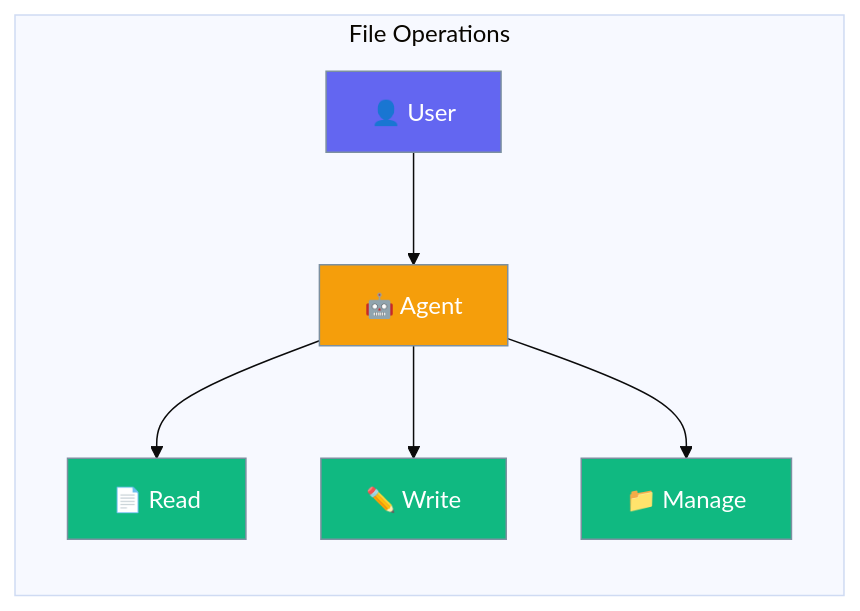
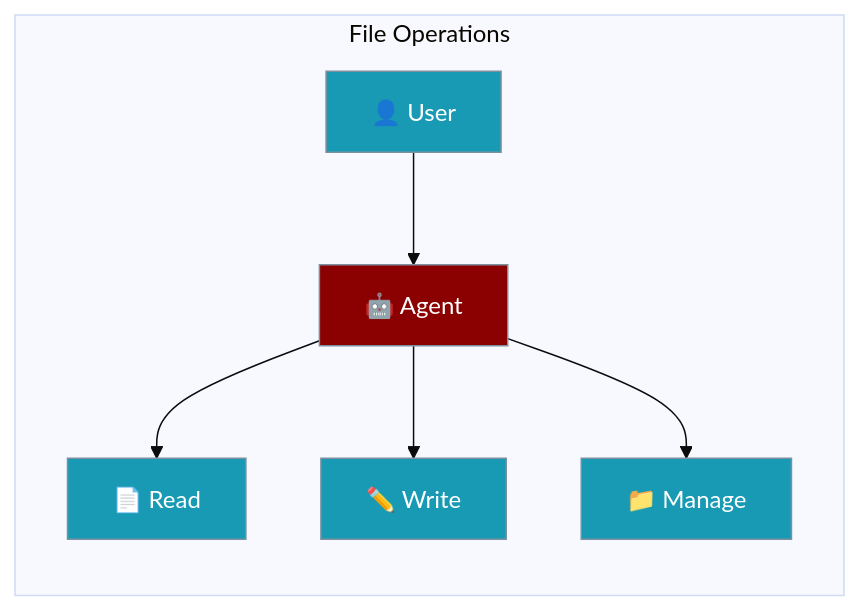
One commit to MervinPraison/PraisonAIDocs changed the first of 2 diagrams in docs/js/files.mdx. Above: the diagram before and after it, drawn with Mermaid (base theme). The commit also changed 19 other files, not shown here.

````diff
--- a/docs/js/files.mdx
+++ b/docs/js/files.mdx
@@ -10,17 +10,14 @@
 ```mermaid
 graph LR
     subgraph "File Operations"
         A[👤 User] --> B[🤖 Agent]
         B --> C[📄 Read]
         B --> D[✏️ Write]
         B --> E[📁 Manage]
     end
-    
-    classDef user fill:#6366F1,stroke:#7C90A0,color:#fff
-    classDef agent fill:#F59E0B,stroke:#7C90A0,color:#fff
-    classDef ops fill:#10B981,stroke:#7C90A0,color:#fff
-    
-    class A user
+
+    classDef agent fill:#8B0000,stroke:#7C90A0,color:#fff
+    classDef tool fill:#189AB4,stroke:#7C90A0,color:#fff
     class B agent
-    class C,D,E ops
+    class A,C,D,E tool
 ```
````
